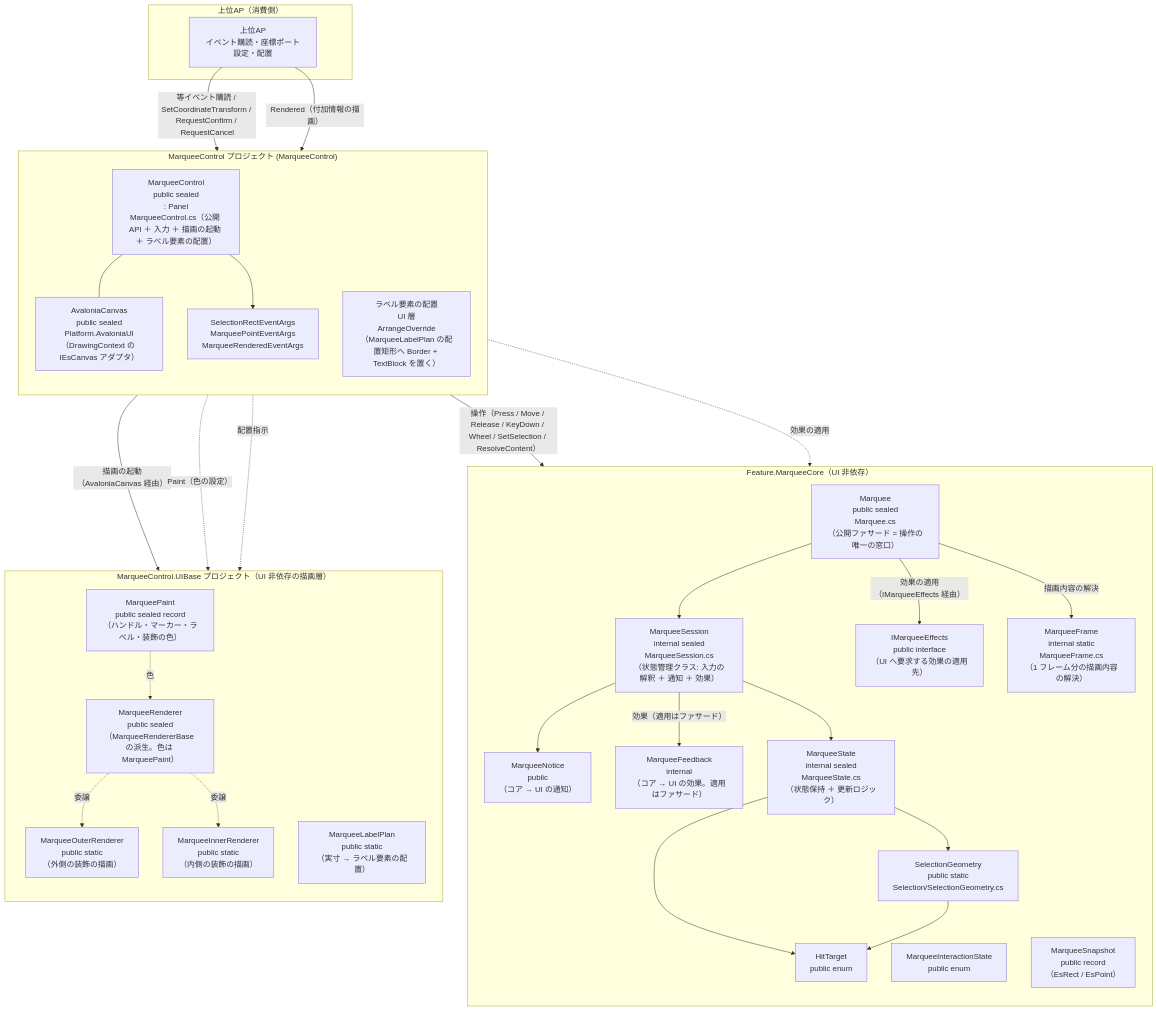
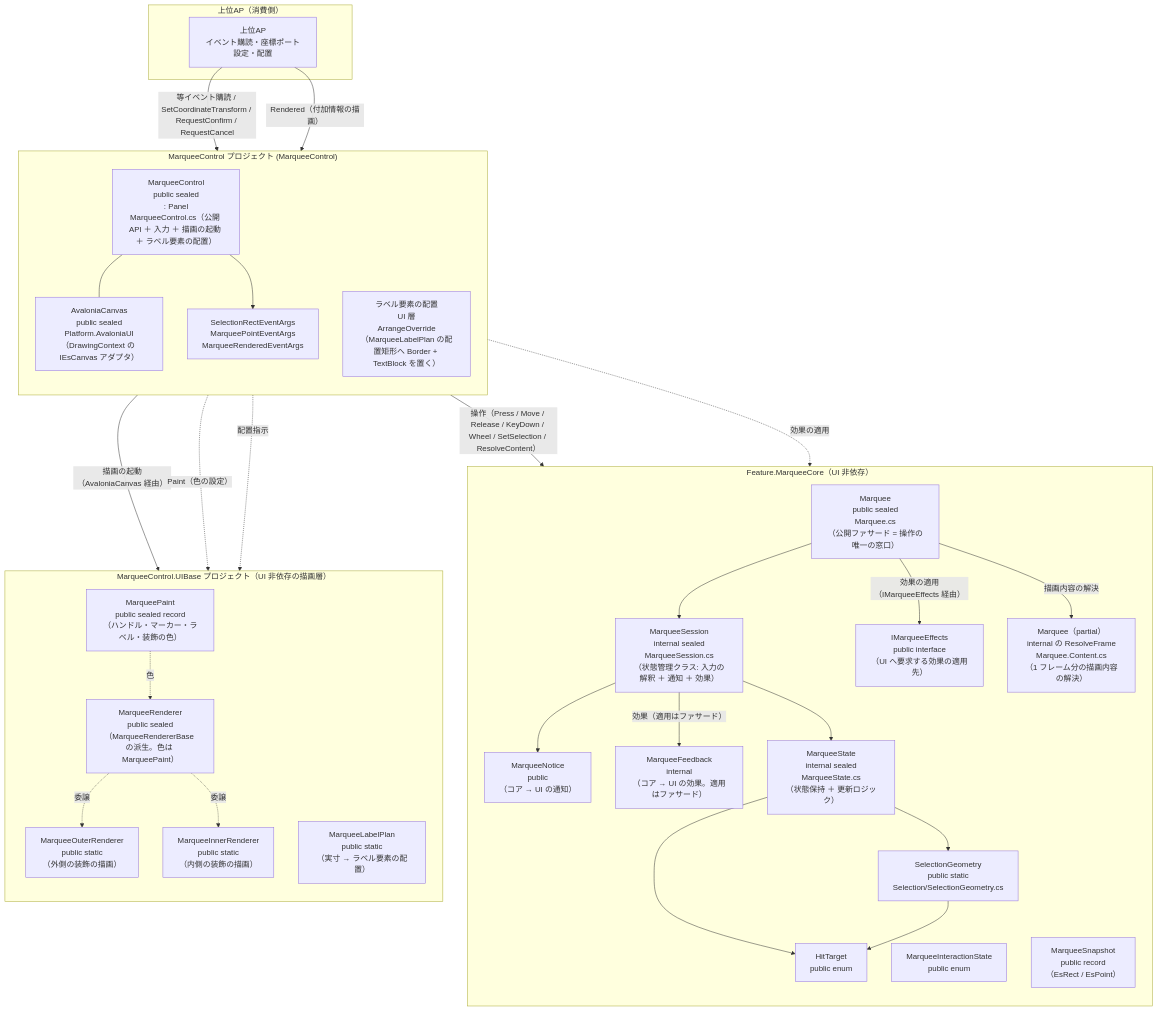
The first of 2 diagrams in src/MarqueeControl.AvaloniaUI/SPEC_System.md (tomokuni/SaveEvidence), drawn with Mermaid before and after one commit. The commit also changed other lines of this file and 29 other files, not shown here.

````diff
--- a/src/MarqueeControl.AvaloniaUI/SPEC_System.md
+++ b/src/MarqueeControl.AvaloniaUI/SPEC_System.md
@@ -99,57 +99,57 @@
 ```mermaid
 flowchart TB
     subgraph Host["上位AP（消費側）"]
         AP["上位AP<br/>イベント購読・座標ポート設定・配置"]
     end
     subgraph Core["Feature.MarqueeCore（UI 非依存）"]
         direction TB
         Fac["Marquee<br/>public sealed<br/>Marquee.cs<br/>（公開ファサード = 操作の唯一の窓口）"]
         Eff["IMarqueeEffects<br/>public interface<br/>（UI へ要求する効果の適用先）"]
         Ses["MarqueeSession<br/>internal sealed<br/>MarqueeSession.cs<br/>（状態管理クラス: 入力の解釈 ＋ 通知 ＋ 効果）"]
         Ntc["MarqueeNotice<br/>public<br/>（コア → UI の通知）"]
         Fbk["MarqueeFeedback<br/>internal<br/>（コア → UI の効果。適用はファサード）"]
         Stt["MarqueeState<br/>internal sealed<br/>MarqueeState.cs<br/>（状態保持 ＋ 更新ロジック）"]
         Geo["SelectionGeometry<br/>public static<br/>Selection/SelectionGeometry.cs"]
         Hdl["HitTarget<br/>public enum"]
         Hdl2["MarqueeInteractionState<br/>public enum"]
         Hdl3["MarqueeSnapshot<br/>public record<br/>（EsRect / EsPoint）"]
-        Frm["MarqueeFrame<br/>internal static<br/>MarqueeFrame.cs<br/>（1 フレーム分の描画内容の解決）"]
+        Frm["Marquee（partial）<br/>internal の ResolveFrame<br/>Marquee.Content.cs<br/>（1 フレーム分の描画内容の解決）"]
     end
     subgraph DRC2["MarqueeControl プロジェクト (MarqueeControl)"]
         direction TB
         Ctl["MarqueeControl<br/>public sealed<br/>: Panel<br/>MarqueeControl.cs（公開 API ＋ 入力 ＋ 描画の起動 ＋ ラベル要素の配置）"]
         Cvs["AvaloniaCanvas<br/>public sealed<br/>Platform.AvaloniaUI<br/>（DrawingContext の IEsCanvas アダプタ）"]
         Lbl["ラベル要素の配置<br/>UI 層<br/>ArrangeOverride<br/>（MarqueeLabelPlan の配置矩形へ Border + TextBlock を置く）"]
         Evt["SelectionRectEventArgs<br/>MarqueePointEventArgs<br/>MarqueeRenderedEventArgs"]
     end
     subgraph Rnd2["MarqueeControl.UIBase プロジェクト（UI 非依存の描画層）"]
         direction TB
         Drw["MarqueeRenderer<br/>public sealed<br/>（MarqueeRendererBase の派生。色は MarqueePaint）"]
         Pnt["MarqueePaint<br/>public sealed record<br/>（ハンドル・マーカー・ラベル・装飾の色）"]
         Odr["MarqueeOuterRenderer<br/>public static<br/>（外側の装飾の描画）"]
         Idr["MarqueeInnerRenderer<br/>public static<br/>（内側の装飾の描画）"]
         Pln["MarqueeLabelPlan<br/>public static<br/>（実寸 → ラベル要素の配置）"]
     end
 
     AP -->|等イベント購読 / SetCoordinateTransform / RequestConfirm / RequestCancel| Ctl
     AP -->|Rendered（付加情報の描画）| Lbl
     Ctl -->|操作（Press / Move / Release / KeyDown / Wheel / SetSelection / ResolveContent）| Fac
     Ctl -.->|効果の適用| Eff
     Ctl -->|描画の起動（AvaloniaCanvas 経由）| Drw
     Ctl -.->|Paint（色の設定）| Pnt
     Pnt -.->|色| Drw
     Drw -.->|委譲| Odr
     Drw -.->|委譲| Idr
     Ctl -.->|配置指示| Pln
     Ctl --- Cvs
     Fac --> Ses
     Fac -->|効果の適用（IMarqueeEffects 経由）| Eff
     Fac -->|描画内容の解決| Frm
     Ctl --> Evt
     Ses --> Ntc
     Ses -->|効果（適用はファサード）| Fbk
     Ses --> Stt
     Stt --> Geo
     Stt --> Hdl
     Geo --> Hdl
 ```
````
